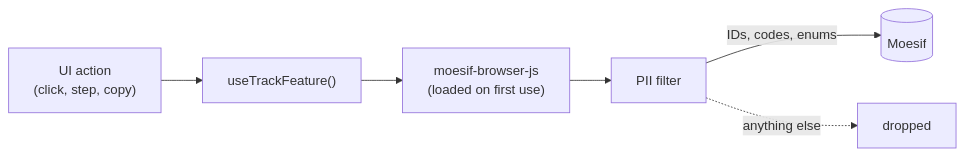
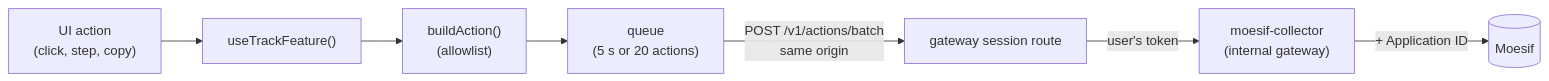
One commit to wso2/api-platform changed the diagram in portals/api-control-plane/spec/design/feature-usage-tracking-summary.md. Above: the diagram before and after it, drawn with Mermaid. The commit also changed other lines of this file and 25 other files, not shown here.

Commit message:
Replace Moesif browser js usage with Moesif proxy invocation with action endpoint call

````diff
--- a/portals/api-control-plane/spec/design/feature-usage-tracking-summary.md
+++ b/portals/api-control-plane/spec/design/feature-usage-tracking-summary.md
@@ -61,8 +62,9 @@
 ```mermaid
 flowchart LR
   click["UI action<br/>(click, step, copy)"] --> hook["useTrackFeature()"]
-  hook --> sdk["moesif-browser-js<br/>(loaded on first use)"]
-  sdk --> filter["PII filter"]
-  filter -->|"IDs, codes, enums"| moesif[("Moesif")]
-  filter -.->|"anything else"| drop["dropped"]
+  hook --> build["buildAction()<br/>(allowlist)"]
+  build --> queue["queue<br/>(5 s or 20 actions)"]
+  queue -->|"POST /v1/actions/batch<br/>same origin"| route["gateway session route"]
+  route -->|"user's token"| collector["moesif-collector<br/>(internal gateway)"]
+  collector -->|"+ Application ID"| moesif[("Moesif")]
 ```
````
